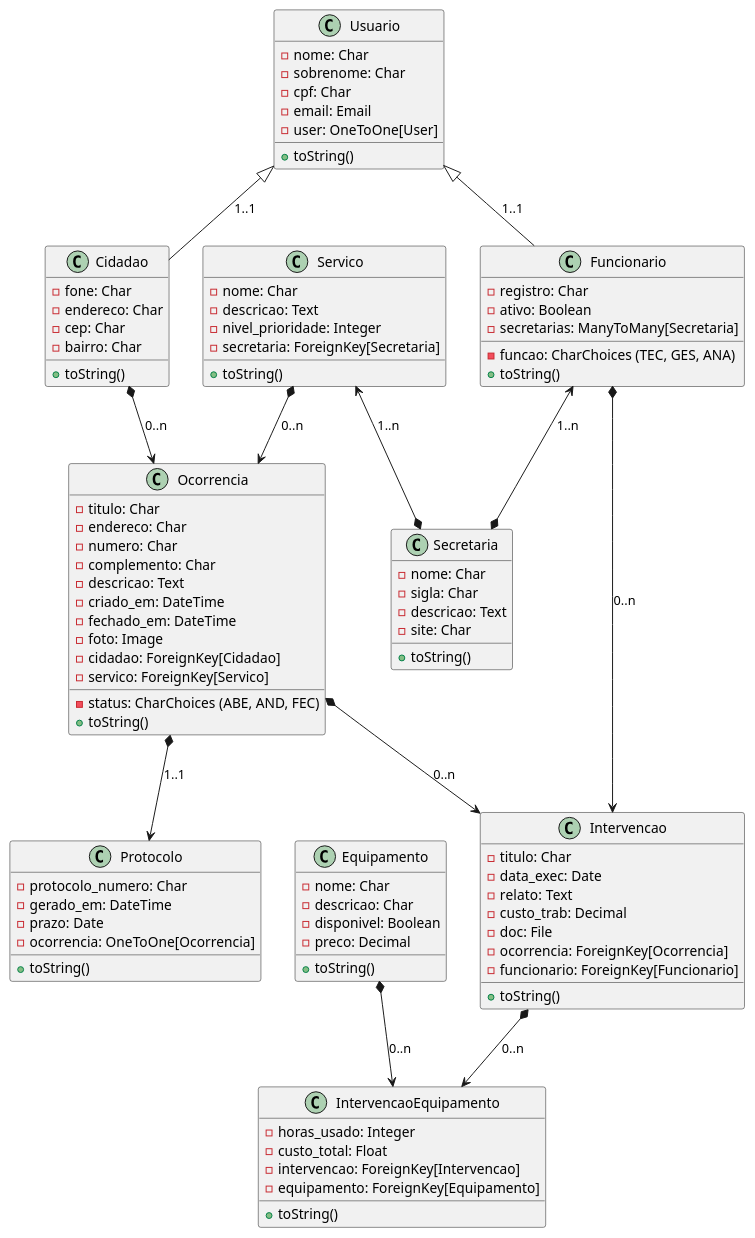
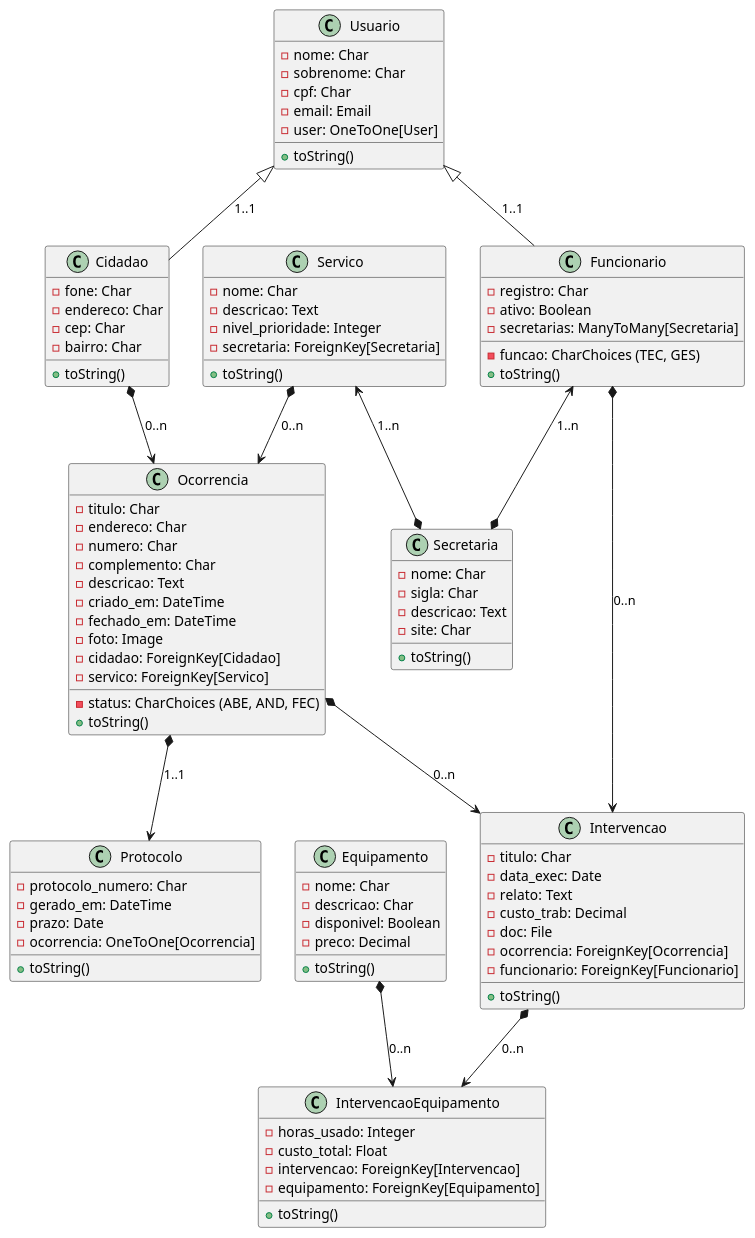
One commit to anleaes/2026-1-SDM-Segunda-Noite-ZS-04 changed the diagram in diagrama.wsd. Above: the diagram before and after it, drawn with PlantUML. The commit also changed 1 other file, not shown here.

```diff
--- a/diagrama.wsd
+++ b/diagrama.wsd
@@ -1,118 +1,118 @@
 @startuml MeAjudaApp
 
 
 class Usuario {
     -nome: Char
     -sobrenome: Char
     -cpf: Char
     -email: Email
     -user: OneToOne[User]
     +toString()
 }
 
 
 class Cidadao {
     -fone: Char
     -endereco: Char
     -cep: Char
     -bairro: Char
     +toString()
 }
 
 
 class Funcionario {
     -registro: Char
-    -funcao: CharChoices (TEC, GES, ANA)
+    -funcao: CharChoices (TEC, GES)
     -ativo: Boolean
     -secretarias: ManyToMany[Secretaria]
     +toString()
 }
 
 
 class Secretaria {
     -nome: Char
     -sigla: Char
     -descricao: Text
     -site: Char
     +toString()
 }
 
 
 class Servico {
     -nome: Char
     -descricao: Text
     -nivel_prioridade: Integer
     -secretaria: ForeignKey[Secretaria]
     +toString()
 }
 
 
 class Ocorrencia {
     -titulo: Char
     -endereco: Char
     -numero: Char
     -complemento: Char
     -descricao: Text
     -criado_em: DateTime
     -fechado_em: DateTime
     -status: CharChoices (ABE, AND, FEC)
     -foto: Image
     -cidadao: ForeignKey[Cidadao]
     -servico: ForeignKey[Servico]
     +toString()
 }
 
 
 class Intervencao {
     -titulo: Char
     -data_exec: Date
     -relato: Text
     -custo_trab: Decimal
     -doc: File
     -ocorrencia: ForeignKey[Ocorrencia]
     -funcionario: ForeignKey[Funcionario]
     +toString()
 }
 
 
 class Protocolo {
     -protocolo_numero: Char
     -gerado_em: DateTime
     -prazo: Date
     -ocorrencia: OneToOne[Ocorrencia]
     +toString()
 }
 
 
 class Equipamento {
     -nome: Char
     -descricao: Char
     -disponivel: Boolean
     -preco: Decimal
     +toString()
 }
 
 
 class IntervencaoEquipamento {
     -horas_usado: Integer
     -custo_total: Float
     -intervencao: ForeignKey[Intervencao]
     -equipamento: ForeignKey[Equipamento]
     +toString()
 }
 
 
 Servico <--* Secretaria : 1..n
 Funcionario <--* Secretaria : 1..n
 Servico *--> Ocorrencia : 0..n
 Cidadao *--> Ocorrencia : 0..n
 Ocorrencia *--> Intervencao : 0..n
 Ocorrencia *--> Protocolo : 1..1
 Funcionario *--> Intervencao : 0..n
 Intervencao *--> IntervencaoEquipamento : 0..n
 Equipamento *--> IntervencaoEquipamento : 0..n
 Cidadao -up-|> Usuario: 1..1
 Funcionario -up-|> Usuario: 1..1
 
 
 @enduml
```
